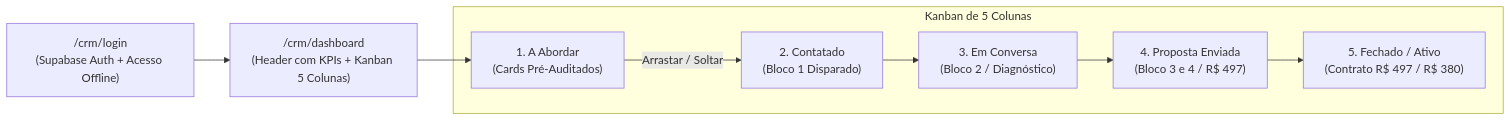
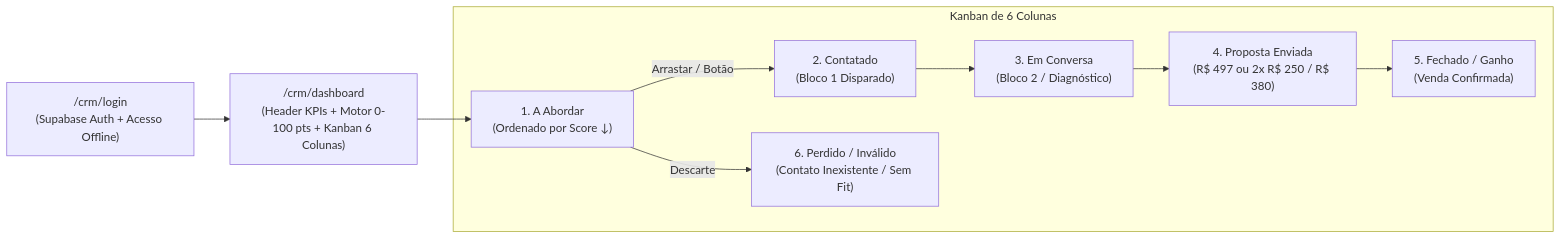
One commit to leoferrazdev/leonardo-brasil changed the first of 2 diagrams in cofre-leonardo-brasil/30 - Comercial e CRM/03 - CRM e Leads/Sistema CRM Local e Manual Operacional.md. Above: the diagram before and after it, drawn with Mermaid. The commit also changed other lines of this file and 13 other files, not shown here.

Commit message:
feat(crm): motor deterministico 0-100 pts, base auditada Rodada 04 e docs Obsidian

````diff
--- a/cofre-leonardo-brasil/30 - Comercial e CRM/03 - CRM e Leads/Sistema CRM Local e Manual Operacional.md
+++ b/cofre-leonardo-brasil/30 - Comercial e CRM/03 - CRM e Leads/Sistema CRM Local e Manual Operacional.md
@@ -30,18 +30,20 @@
 ```mermaid
 flowchart LR
-    L["/crm/login<br>(Supabase Auth + Acesso Offline)"] --> D["/crm/dashboard<br>(Header com KPIs + Kanban 5 Colunas)"]
-    
-    subgraph Kanban de 5 Colunas
-        C1["1. A Abordar<br>(Cards Pré-Auditados)"]
+    L["/crm/login<br>(Supabase Auth + Acesso Offline)"] --> D["/crm/dashboard<br>(Header KPIs + Motor 0-100 pts + Kanban 6 Colunas)"]
+
+    subgraph Kanban de 6 Colunas
+        C1["1. A Abordar<br>(Ordenado por Score ↓)"]
         C2["2. Contatado<br>(Bloco 1 Disparado)"]
         C3["3. Em Conversa<br>(Bloco 2 / Diagnóstico)"]
-        C4["4. Proposta Enviada<br>(Bloco 3 e 4 / R$ 497)"]
-        C5["5. Fechado / Ativo<br>(Contrato R$ 497 / R$ 380)"]
+        C4["4. Proposta Enviada<br>(R$ 497 ou 2x R$ 250 / R$ 380)"]
+        C5["5. Fechado / Ganho<br>(Venda Confirmada)"]
+        C6["6. Perdido / Inválido<br>(Contato Inexistente / Sem Fit)"]
     end
-    
+
     D --> C1
-    C1 -->|Arrastar / Soltar| C2
+    C1 -->|Arrastar / Botão| C2
     C2 --> C3
     C3 --> C4
     C4 --> C5
+    C1 -->|Descarte| C6
 ```
````
